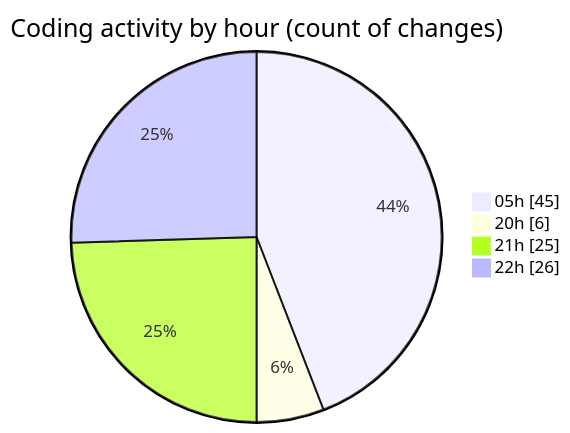
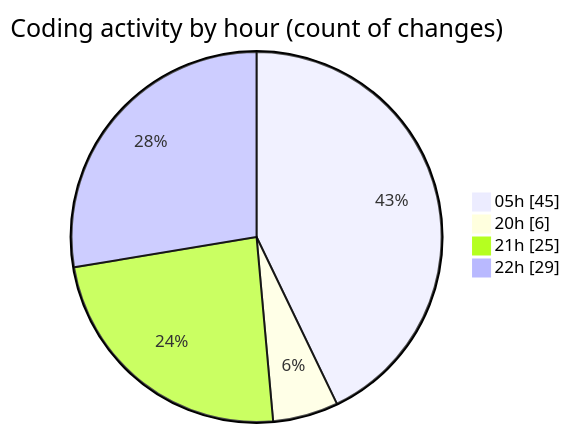
Before and after one commit to lephambinh05/code-tracking: the second of 2 diagrams in 2025-08-05/napxuvn/README.md, drawn with Mermaid. The commit also changed other lines of this file and 1 other file, not shown here.

````diff
--- a/2025-08-05/napxuvn/README.md
+++ b/2025-08-05/napxuvn/README.md
@@ -84,8 +86,8 @@
 ```mermaid
 pie showData
 title Coding activity by hour (count of changes)
 "05h" : 45
 "20h" : 6
 "21h" : 25
-"22h" : 26
+"22h" : 29
 ```
````
